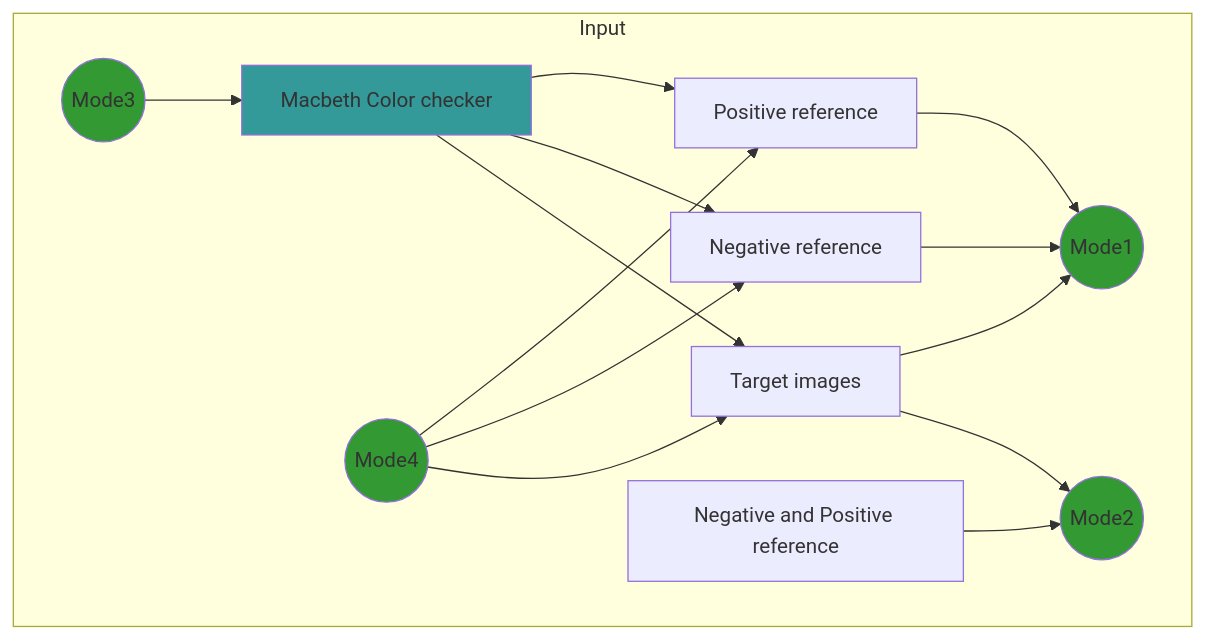
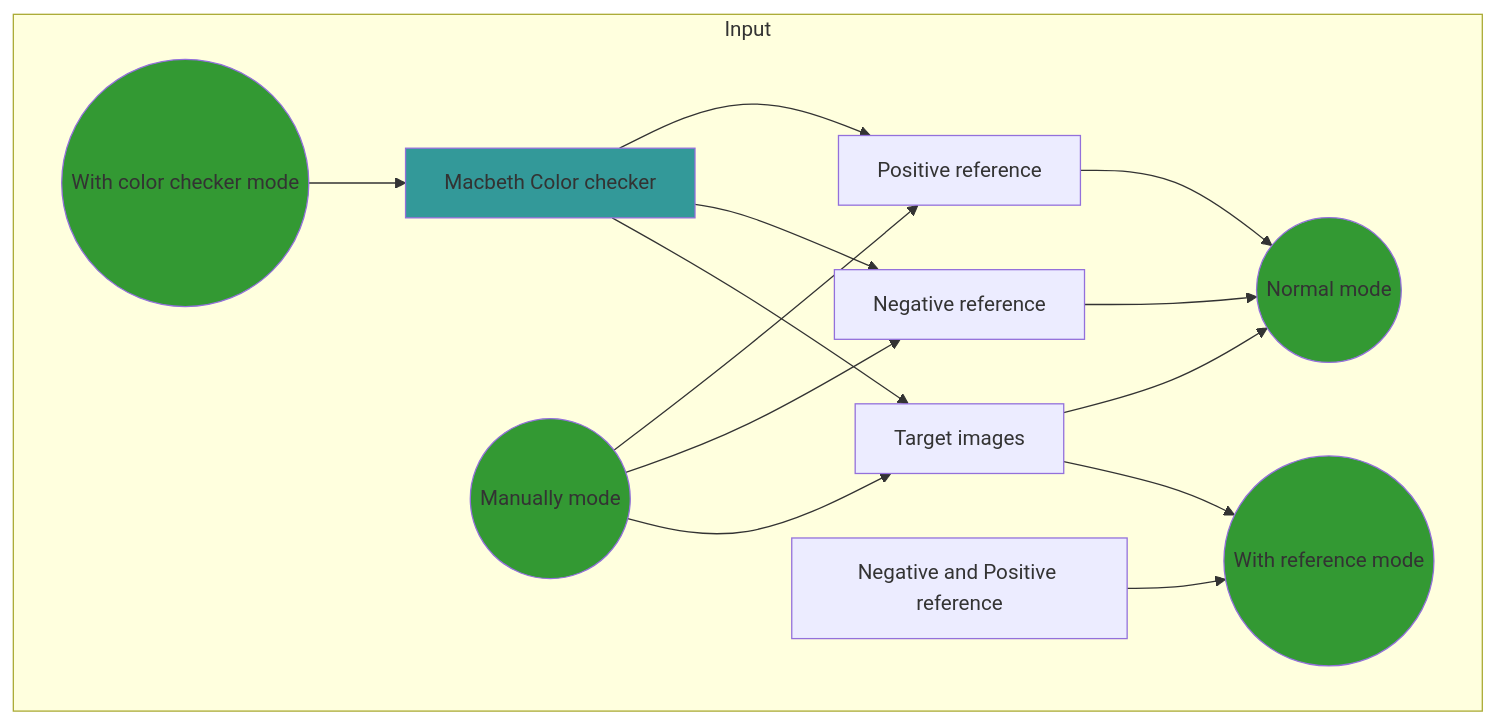
One commit to wpwupingwp/pyGUS changed the first of 2 diagrams in README.md. Above: the diagram before and after it, drawn with Mermaid. The commit also changed other lines of this file, not shown here.

Commit message:
update flowchart

````diff
--- a/README.md
+++ b/README.md
@@ -341,25 +341,25 @@
 ```mermaid
 flowchart TB
     subgraph Input
-        m1((Mode1))
-        m2((Mode2))
-        m3((Mode3))
-        m4((Mode4))
+        m1((Normal mode))
+        m2((With reference mode))
+        m3((With color checker mode))
+        m4((Manually mode))
         targets[Target images]
         c[Macbeth Color checker]
         ref1[Positive reference]
         ref2[Negative reference]
         ref3[Negative and Positive reference]
         targets
         ref1 & ref2 & targets --> m1
         ref3 & targets --> m2
         m3 --> c --> ref1 & ref2 & targets
         m4 --> ref1 & ref2 & targets
         style c fill:#399
         style m1 fill:#393
         style m2 fill:#393
         style m3 fill:#393
         style m4 fill:#393
     end
     
 ```
````
